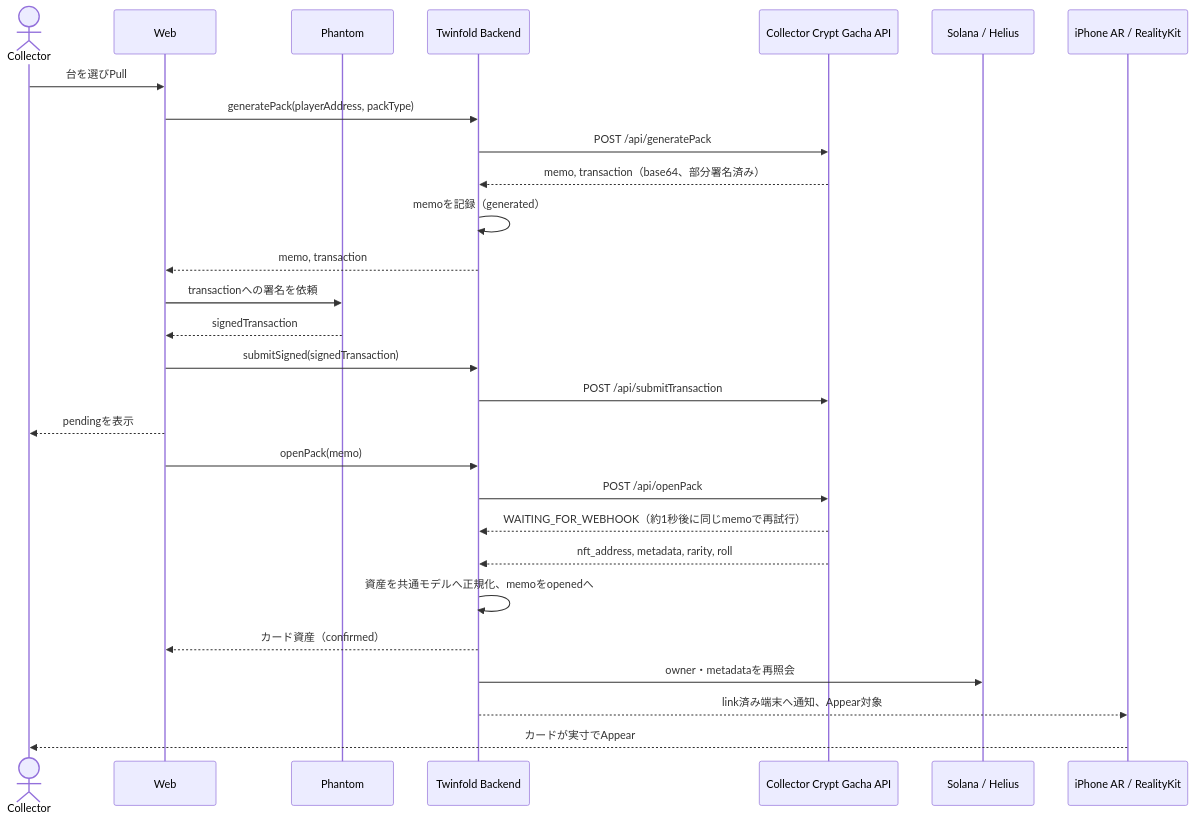
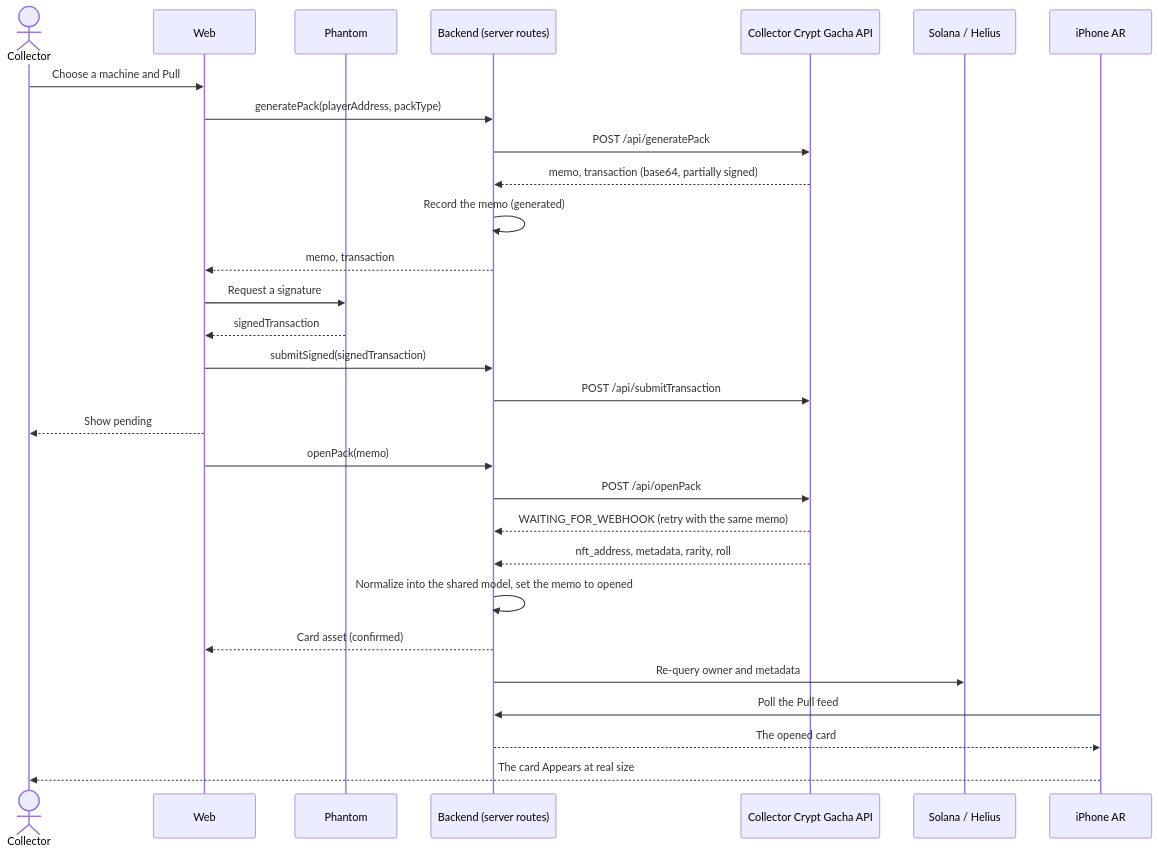
One commit to arisanari/collectibles-ar changed the second of 2 diagrams in docs/architecture.md. Above: the diagram before and after it, drawn with Mermaid. The commit also changed other lines of this file and 2 other files, not shown here.

Commit message:
docs: rewrite the architecture document in English around the current build

````diff
--- a/docs/architecture.md
+++ b/docs/architecture.md
@@ -149,31 +119,32 @@
 ```mermaid
 sequenceDiagram
     actor Collector
     participant Web
     participant Phantom
-    participant Backend as Twinfold Backend
+    participant Backend as Backend (server routes)
     participant CC as Collector Crypt Gacha API
     participant Solana as Solana / Helius
-    participant Spatial as iPhone AR / RealityKit
+    participant Spatial as iPhone AR
 
-    Collector->>Web: 台を選びPull
+    Collector->>Web: Choose a machine and Pull
     Web->>Backend: generatePack(playerAddress, packType)
     Backend->>CC: POST /api/generatePack
-    CC-->>Backend: memo, transaction（base64、部分署名済み）
-    Backend->>Backend: memoを記録（generated）
+    CC-->>Backend: memo, transaction (base64, partially signed)
+    Backend->>Backend: Record the memo (generated)
     Backend-->>Web: memo, transaction
-    Web->>Phantom: transactionへの署名を依頼
+    Web->>Phantom: Request a signature
     Phantom-->>Web: signedTransaction
     Web->>Backend: submitSigned(signedTransaction)
     Backend->>CC: POST /api/submitTransaction
-    Web-->>Collector: pendingを表示
+    Web-->>Collector: Show pending
     Web->>Backend: openPack(memo)
     Backend->>CC: POST /api/openPack
-    CC-->>Backend: WAITING_FOR_WEBHOOK（約1秒後に同じmemoで再試行）
+    CC-->>Backend: WAITING_FOR_WEBHOOK (retry with the same memo)
     CC-->>Backend: nft_address, metadata, rarity, roll
-    Backend->>Backend: 資産を共通モデルへ正規化、memoをopenedへ
-    Backend-->>Web: カード資産（confirmed）
-    Backend->>Solana: owner・metadataを再照会
-    Backend-->>Spatial: link済み端末へ通知、Appear対象
-    Spatial-->>Collector: カードが実寸でAppear
+    Backend->>Backend: Normalize into the shared model, set the memo to opened
+    Backend-->>Web: Card asset (confirmed)
+    Backend->>Solana: Re-query owner and metadata
+    Spatial->>Backend: Poll the Pull feed
+    Backend-->>Spatial: The opened card
+    Spatial-->>Collector: The card Appears at real size
 ```
````
